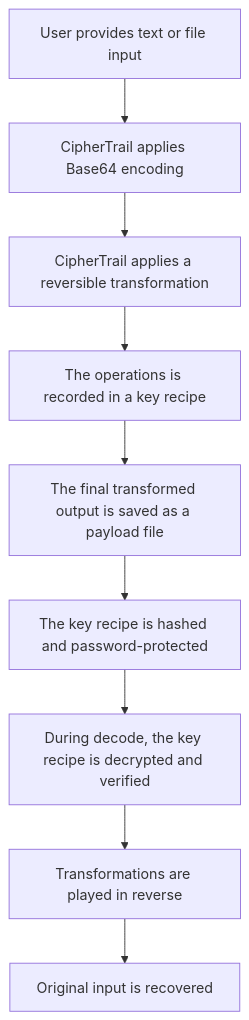
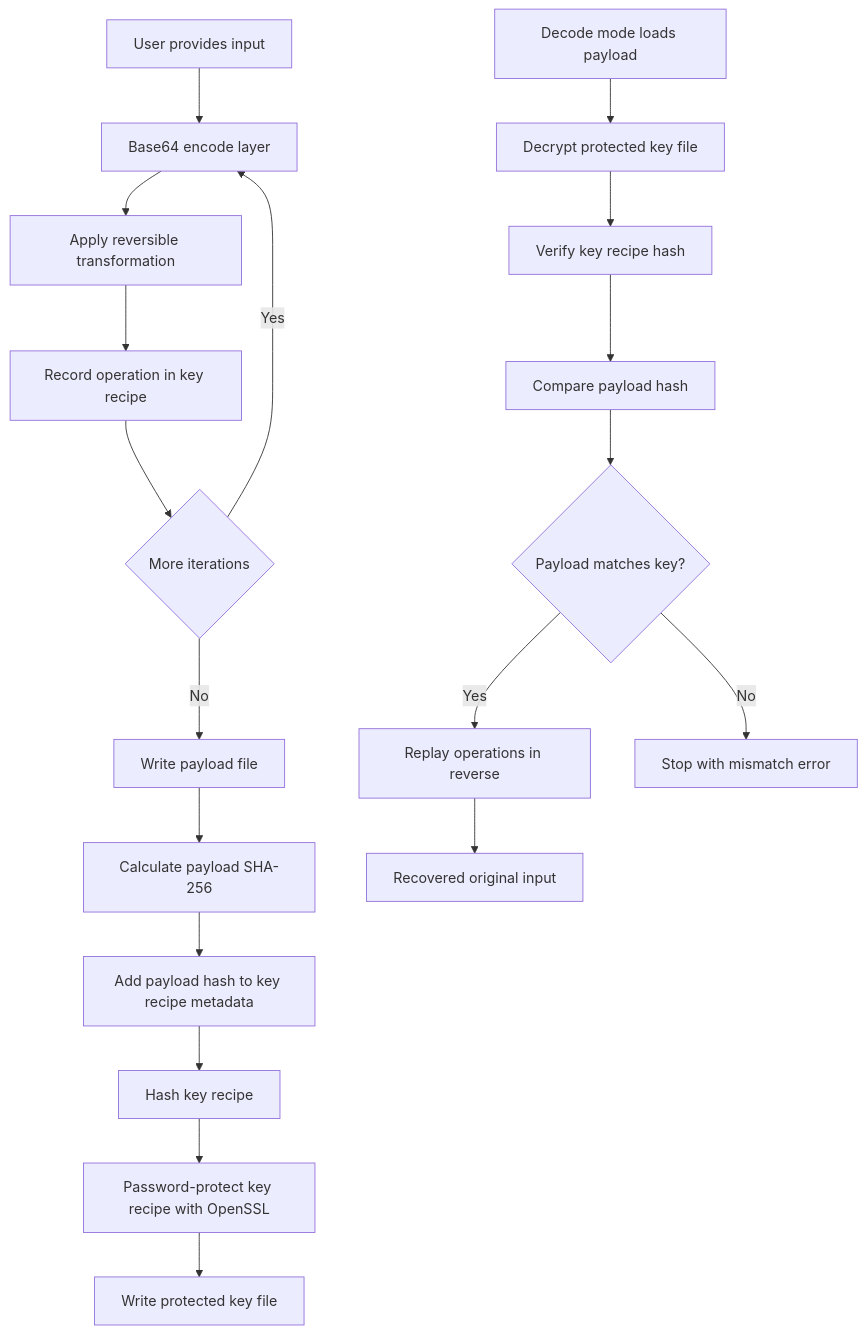
The diagram in README.md (Soulrider750/ciphertrail), drawn with Mermaid before and after one commit. The commit also changed other lines of this file and 3 other files, not shown here.

Commit message:
Update CipherTrail script, README, and project files

````diff
--- a/README.md
+++ b/README.md
@@ -55,11 +60,22 @@
 ```mermaid
 flowchart TD;
-    A[User provides text or file input] --> B[CipherTrail applies Base64 encoding]
-    B --> C[CipherTrail applies a reversible transformation]
-    C --> D[The operations is recorded in a key recipe]
-    D --> E[The final transformed output is saved as a payload file]
-    E --> F[The key recipe is hashed and password-protected]
-    F --> G[During decode, the key recipe is decrypted and verified]
-    G --> H[Transformations are played in reverse]
-    H --> I[Original input is recovered]
+    A[User provides input] --> B[Base64 encode layer]
+    B --> C[Apply reversible transformation]
+    C --> D[Record operation in key recipe]
+    D --> E{More iterations}
+    E -->|Yes| B
+    E -->|No| F[Write payload file]
+    F --> G[Calculate payload SHA-256]
+    G --> H[Add payload hash to key recipe metadata]
+    H --> I[Hash key recipe]
+    I --> J[Password-protect key recipe with OpenSSL]
+    J --> K[Write protected key file]
+
+    L[Decode mode loads payload] --> M[Decrypt protected key file]
+    M --> N[Verify key recipe hash]
+    N --> O[Compare payload hash]
+    O --> P{Payload matches key?}
+    P -->|Yes| Q[Replay operations in reverse]
+    P -->|No| R[Stop with mismatch error]
+    Q --> S[Recovered original input]
 ```
````
